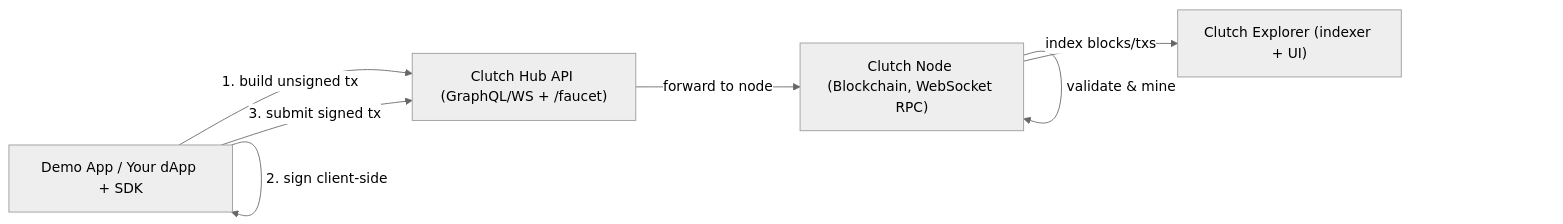
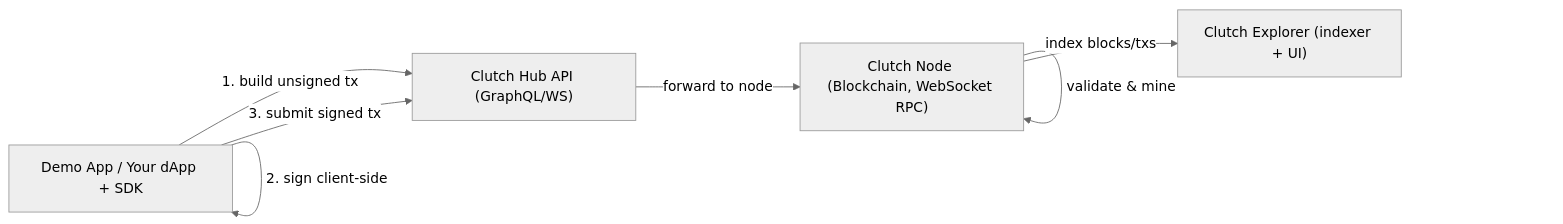
The first of 2 diagrams in docs/getting-started/architecture.md (clutchprotocol/clutch-docs), drawn with Mermaid (neutral theme) before and after one commit. The commit also changed other lines of this file and 28 other files, not shown here.

````diff
--- a/docs/getting-started/architecture.md
+++ b/docs/getting-started/architecture.md
@@ -9,9 +9,9 @@
 ```mermaid
 flowchart LR
-    App["Demo App / Your dApp + SDK"] -->|"1. build unsigned tx"| Hub["Clutch Hub API (GraphQL/WS + /faucet)"]
+    App["Demo App / Your dApp + SDK"] -->|"1. build unsigned tx"| Hub["Clutch Hub API (GraphQL/WS)"]
     App -->|"2. sign client-side"| App
     App -->|"3. submit signed tx"| Hub
     Hub -->|"forward to node"| Node["Clutch Node (Blockchain, WebSocket RPC)"]
     Node -->|"validate & mine"| Node
     Node -->|"index blocks/txs"| Explorer["Clutch Explorer (indexer + UI)"]
 ```
````
